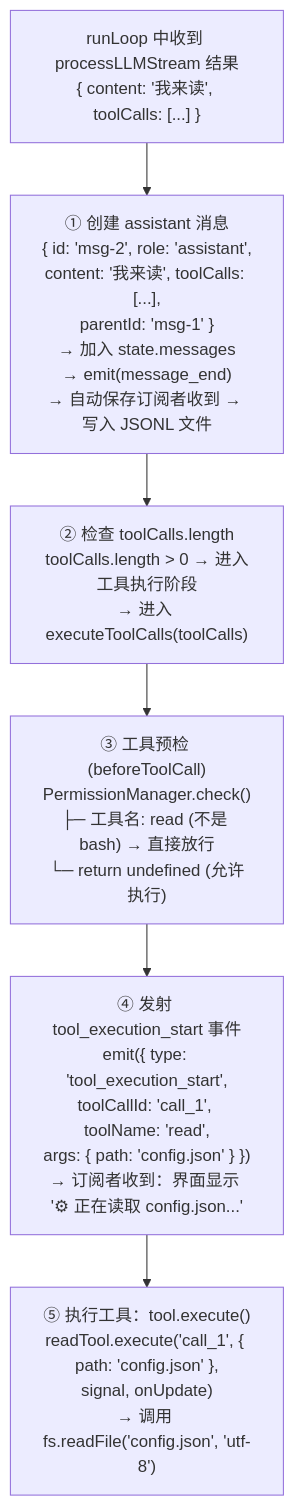
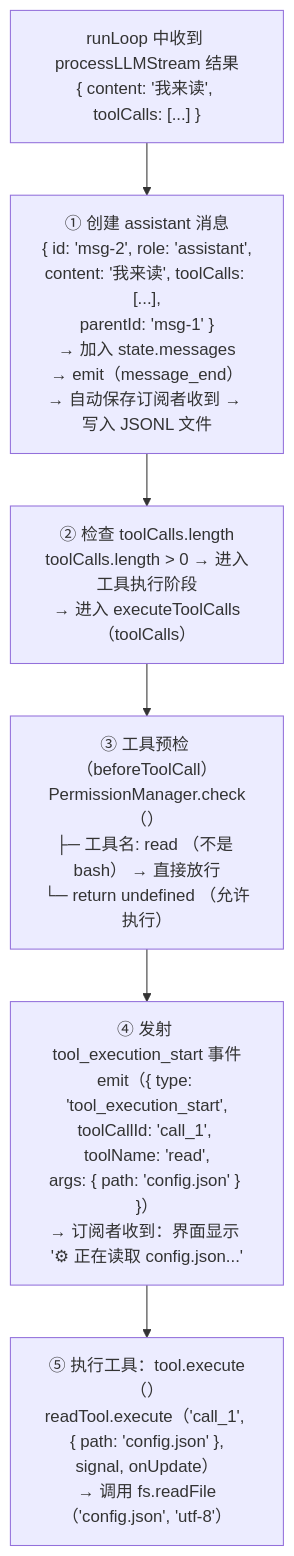
Before and after one commit to KNeegcyao/my-easy-pi: the seventh of 12 diagrams in docs/09-putting-it-together/02-end-to-end-flow.md, drawn with Mermaid. The commit also changed other lines of this file and 25 other files, not shown here.

First line of the commit message:
fix: 修复 Mermaid 图表语法错误

````diff
--- a/docs/09-putting-it-together/02-end-to-end-flow.md
+++ b/docs/09-putting-it-together/02-end-to-end-flow.md
@@ -329,8 +329,8 @@
 ```mermaid
 flowchart TD
-    Start["runLoop 中收到 processLLMStream 结果<br/>{ content: '我来读', toolCalls: [...] }"] --> CreateMsg["① 创建 assistant 消息<br/>{ id: 'msg-2', role: 'assistant',<br/>content: '我来读', toolCalls: [...],<br/>parentId: 'msg-1' }<br/>→ 加入 state.messages<br/>→ emit(message_end)<br/>→ 自动保存订阅者收到 → 写入 JSONL 文件"]
-    CreateMsg --> CheckTools["② 检查 toolCalls.length<br/>toolCalls.length > 0 → 进入工具执行阶段<br/>→ 进入 executeToolCalls(toolCalls)"]
-    CheckTools --> BeforeTool["③ 工具预检 (beforeToolCall)<br/>PermissionManager.check()<br/>├─ 工具名: read (不是 bash) → 直接放行<br/>└─ return undefined (允许执行)"]
-    BeforeTool --> EmitToolStart["④ 发射 tool_execution_start 事件<br/>emit({ type: 'tool_execution_start',<br/>toolCallId: 'call_1', toolName: 'read',<br/>args: { path: 'config.json' } })<br/>→ 订阅者收到：界面显示 '⚙ 正在读取 config.json...'"]
-    EmitToolStart --> ExecuteTool["⑤ 执行工具：tool.execute()<br/>readTool.execute('call_1', { path: 'config.json' },<br/>signal, onUpdate)<br/>→ 调用 fs.readFile('config.json', 'utf-8')"]
+    Start["runLoop 中收到 processLLMStream 结果<br/>{ content: '我来读', toolCalls: [...] }"] --> CreateMsg["① 创建 assistant 消息<br/>{ id: 'msg-2', role: 'assistant',<br/>content: '我来读', toolCalls: [...],<br/>parentId: 'msg-1' }<br/>→ 加入 state.messages<br/>→ emit（message_end）<br/>→ 自动保存订阅者收到 → 写入 JSONL 文件"]
+    CreateMsg --> CheckTools["② 检查 toolCalls.length<br/>toolCalls.length > 0 → 进入工具执行阶段<br/>→ 进入 executeToolCalls（toolCalls）"]
+    CheckTools --> BeforeTool["③ 工具预检 （beforeToolCall）<br/>PermissionManager.check（）<br/>├─ 工具名: read （不是 bash） → 直接放行<br/>└─ return undefined （允许执行）"]
+    BeforeTool --> EmitToolStart["④ 发射 tool_execution_start 事件<br/>emit（{ type: 'tool_execution_start',<br/>toolCallId: 'call_1', toolName: 'read',<br/>args: { path: 'config.json' } }）<br/>→ 订阅者收到：界面显示 '⚙ 正在读取 config.json...'"]
+    EmitToolStart --> ExecuteTool["⑤ 执行工具：tool.execute（）<br/>readTool.execute（'call_1', { path: 'config.json' },<br/>signal, onUpdate）<br/>→ 调用 fs.readFile（'config.json', 'utf-8'）"]
 ```
````
